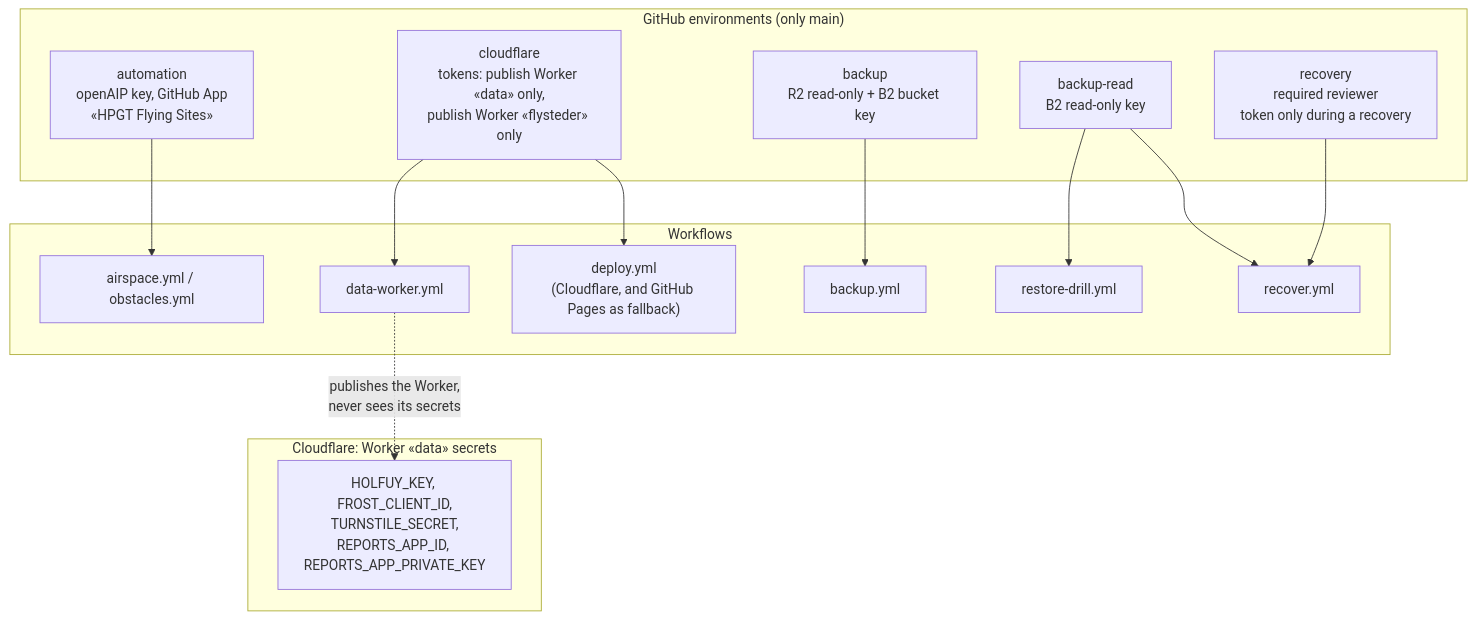
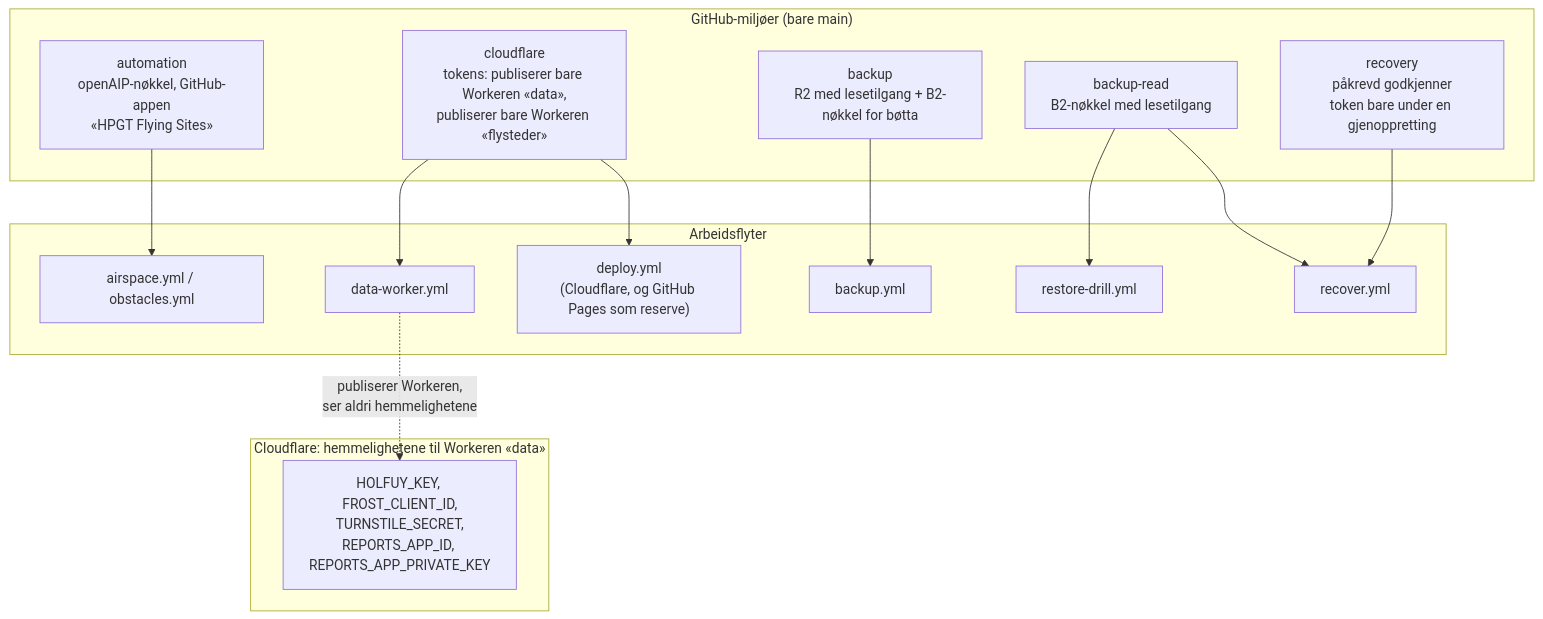
Before and after one commit to hpgt-com/flying-sites: the seventh of 7 diagrams in docs/architecture.md, drawn with Mermaid. The commit also changed other lines of this file and 28 other files, not shown here.

````diff
--- a/docs/architecture.md
+++ b/docs/architecture.md
@@ -382,32 +409,32 @@
 ```mermaid
 flowchart TB
-  subgraph envs["GitHub environments (only main)"]
-    automation["automation<br/>openAIP key, GitHub App<br/>«HPGT Flying Sites»"]
-    cloudflare["cloudflare<br/>tokens: publish Worker «data» only,<br/>publish Worker «flysteder» only"]
-    backupenv["backup<br/>R2 read-only + B2 bucket key"]
-    backupread["backup-read<br/>B2 read-only key"]
-    recovery["recovery<br/>required reviewer<br/>token only during a recovery"]
+  subgraph envs["GitHub-miljøer (bare main)"]
+    automation["automation<br/>openAIP-nøkkel, GitHub-appen<br/>«HPGT Flying Sites»"]
+    cloudflare["cloudflare<br/>tokens: publiserer bare Workeren «data»,<br/>publiserer bare Workeren «flysteder»"]
+    backupenv["backup<br/>R2 med lesetilgang + B2-nøkkel for bøtta"]
+    backupread["backup-read<br/>B2-nøkkel med lesetilgang"]
+    recovery["recovery<br/>påkrevd godkjenner<br/>token bare under en gjenoppretting"]
   end
 
-  subgraph wf["Workflows"]
+  subgraph wf["Arbeidsflyter"]
     air["airspace.yml / obstacles.yml"]
     dw["data-worker.yml"]
     bk["backup.yml"]
     drillwf["restore-drill.yml"]
     rc["recover.yml"]
-    dep["deploy.yml<br/>(Cloudflare, and GitHub Pages as fallback)"]
+    dep["deploy.yml<br/>(Cloudflare, og GitHub Pages som reserve)"]
   end
 
-  subgraph cfsecrets["Cloudflare: Worker «data» secrets"]
+  subgraph cfsecrets["Cloudflare: hemmelighetene til Workeren «data»"]
     s["HOLFUY_KEY, FROST_CLIENT_ID,<br/>TURNSTILE_SECRET,<br/>REPORTS_APP_ID, REPORTS_APP_PRIVATE_KEY"]
   end
 
   automation --> air
   cloudflare --> dw
   cloudflare --> dep
   backupenv --> bk
   backupread --> drillwf
   backupread --> rc
   recovery --> rc
-  dw -. "publishes the Worker,<br/>never sees its secrets" .-> s
+  dw -. "publiserer Workeren,<br/>ser aldri hemmelighetene" .-> s
 ```
````
